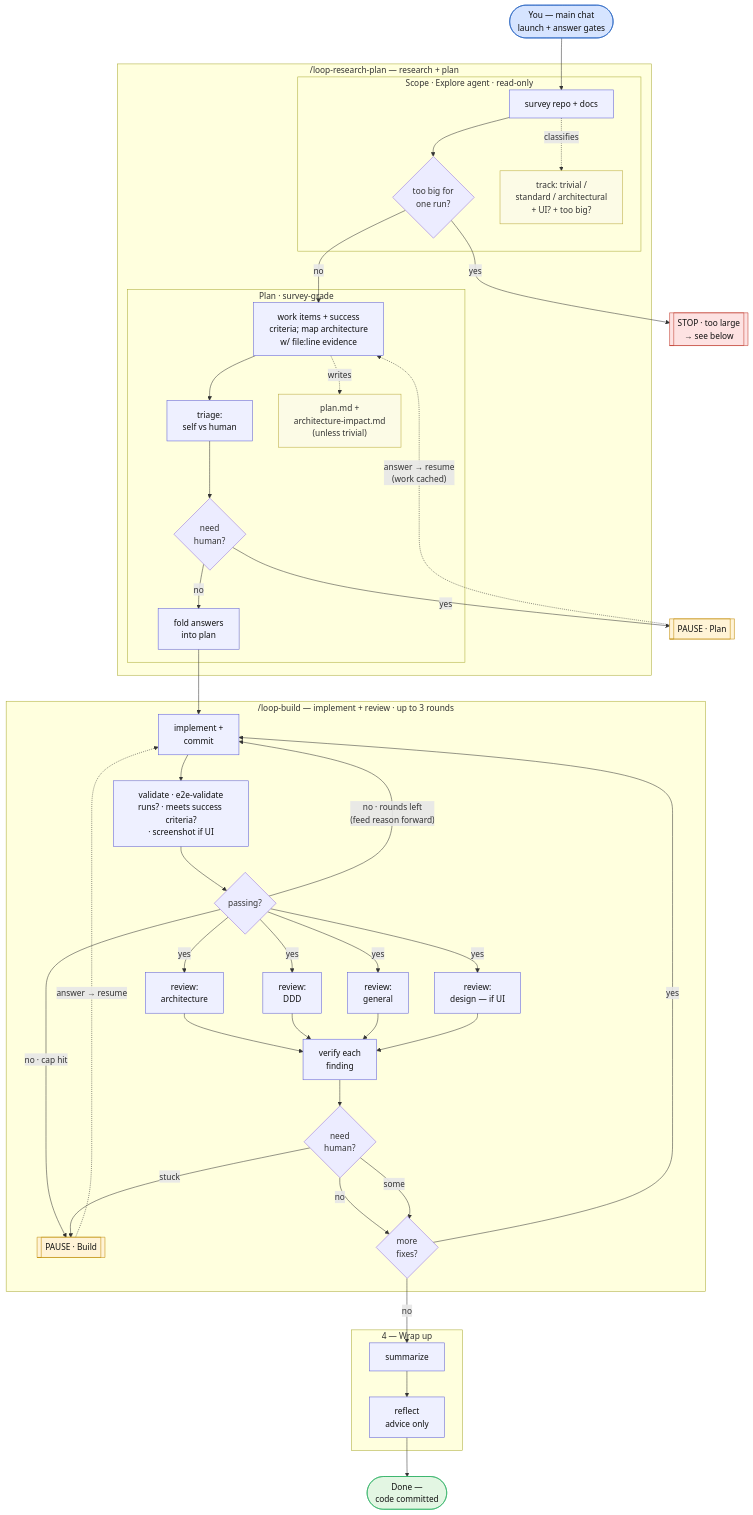
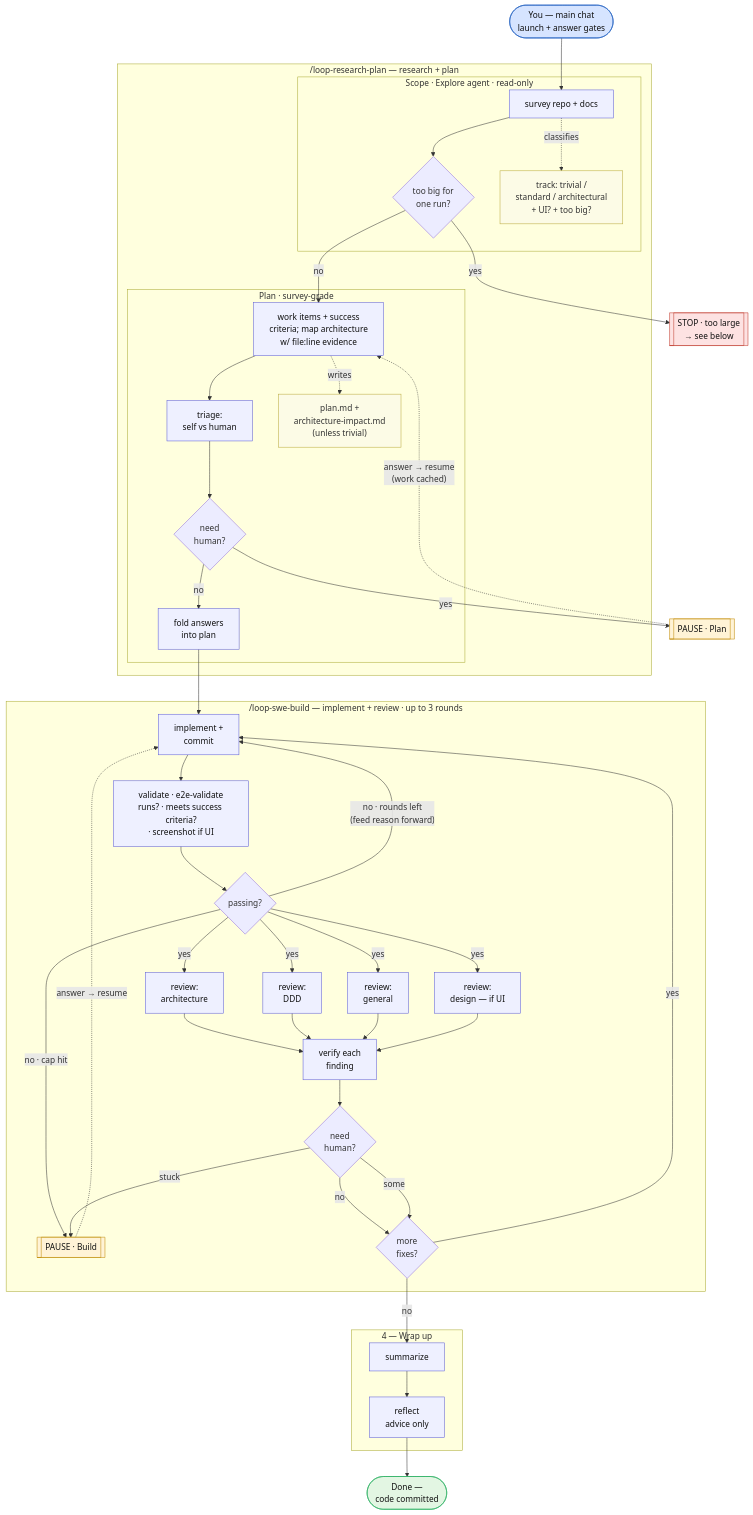
The second of 3 diagrams in capabilities/skills/@loop/loop-full-swe/FLOW.md (superliaye/my-agent-kits), drawn with Mermaid before and after one commit. The commit also changed 19 other files, not shown here.

First line of the commit message:
feat(@loop): rebuild /loop-build flow over two nested agents

````diff
--- a/capabilities/skills/@loop/loop-full-swe/FLOW.md
+++ b/capabilities/skills/@loop/loop-full-swe/FLOW.md
@@ -39,58 +39,58 @@
 ```mermaid
 flowchart TD
     Main([" You — main chat<br/>launch + answer gates "]):::main --> Scope
 
     subgraph S1 ["/loop-research-plan — research + plan"]
       subgraph P0 ["Scope · Explore agent · read-only"]
         Scope["survey repo + docs"]:::agent --> TL{"too big for<br/>one run?"}
         Scope -. classifies .-> SF["track: trivial /<br/>standard / architectural<br/>+ UI? + too big?"]:::note
       end
       subgraph P1 ["Plan · survey-grade"]
         Plan["work items + success<br/>criteria; map architecture<br/>w/ file:line evidence"]:::agent --> Digest
         Plan -. writes .-> AF["plan.md +<br/>architecture-impact.md<br/>(unless trivial)"]:::note
         Digest["triage:<br/>self vs human"]:::agent --> NeedH{"need<br/>human?"}
         NeedH -->|no| Bake["fold answers<br/>into plan"]:::agent
       end
       TL -->|no| Plan
     end
     TL -->|yes| GDist
     NeedH -->|yes| GPlan
 
-    subgraph S2 ["/loop-build — implement + review · up to 3 rounds"]
+    subgraph S2 ["/loop-swe-build — implement + review · up to 3 rounds"]
         Impl["implement +<br/>commit"]:::agent --> Eval
         Eval["validate · e2e-validate<br/>runs? · meets success criteria?<br/>· screenshot if UI"]:::agent --> Val{"passing?"}
         Val -->|"no · rounds left<br/>(feed reason forward)"| Impl
         Val -->|"no · cap hit"| GBuild
         Val -->|yes| Ra & Rd & Rg & Ro
         Ra["review:<br/>architecture"]:::agent --> Vfy
         Rd["review:<br/>DDD"]:::agent --> Vfy
         Rg["review:<br/>general"]:::agent --> Vfy
         Ro["review:<br/>design — if UI"]:::agent --> Vfy
         Vfy["verify each<br/>finding"]:::agent --> HasH{"need<br/>human?"}
         HasH -->|no| More{"more<br/>fixes?"}
         HasH -->|some| More
         More -->|yes| Impl
     end
     Bake --> Impl
     HasH -->|stuck| GBuild
 
     subgraph P3 ["4 — Wrap up"]
         Sum["summarize"]:::agent --> Retro["reflect<br/>advice only"]:::agent
     end
     More -->|no| Sum
     Retro --> GDone([" Done —<br/>code committed "]):::done
 
     GPlan[["PAUSE · Plan"]]:::pause
     GBuild[["PAUSE · Build"]]:::pause
     GDist[["STOP · too large<br/>→ see below"]]:::stop
 
     GPlan -. "answer → resume<br/>(work cached)" .-> Plan
     GBuild -. "answer → resume" .-> Impl
 
     classDef main fill:#d6e4ff,stroke:#1f5fbf,color:#111;
     classDef agent fill:#eef0ff,stroke:#5b5bd6,color:#111;
     classDef note fill:#fcfbe6,stroke:#b8a93a,color:#333;
     classDef pause fill:#fff3d6,stroke:#c08a00,color:#111;
     classDef stop fill:#fde2e2,stroke:#c0392b,color:#111;
     classDef done fill:#e3f6e3,stroke:#27ae60,color:#111;
 ```
````
